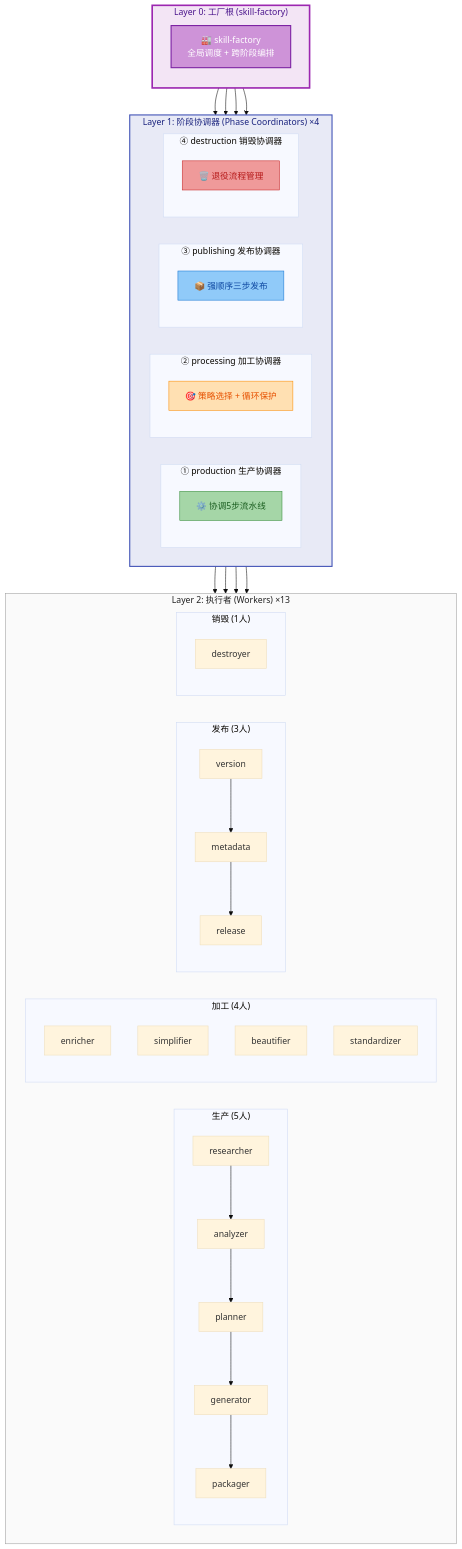
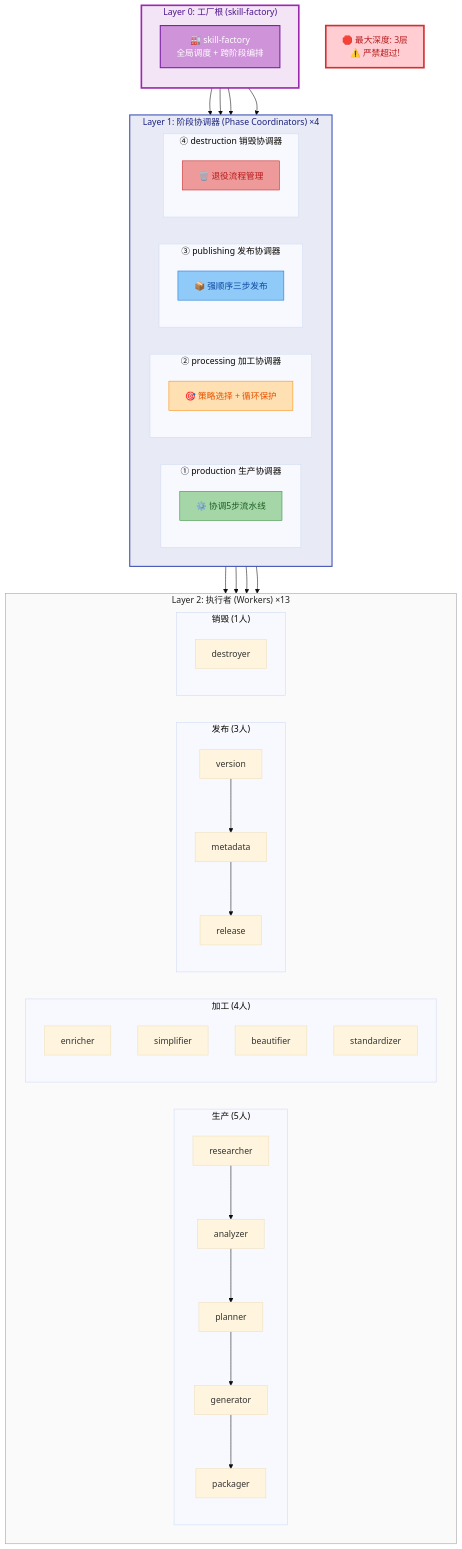
Before and after one commit to morning-start/skill-factory: the fourth of 15 diagrams in SKILL.md, drawn with Mermaid (base theme). The commit also changed other lines of this file and 1 other file, not shown here.

````diff
--- a/SKILL.md
+++ b/SKILL.md
@@ -36,74 +156,77 @@
 ```mermaid
 flowchart TB
     subgraph L0["Layer 0: 工厂根 (skill-factory)"]
         direction TB
         ROOT["🏭 skill-factory<br/>全局调度 + 跨阶段编排"]
     end
 
     subgraph L1["Layer 1: 阶段协调器 (Phase Coordinators) ×4"]
         direction LR
-        
+
         subgraph PH1["① production 生产协调器"]
             P1_C["⚙️ 协调5步流水线"]
         end
 
         subgraph PH2["② processing 加工协调器"]
             P2_C["🎯 策略选择 + 循环保护"]
         end
 
         subgraph PH3["③ publishing 发布协调器"]
             P3_C["📦 强顺序三步发布"]
         end
 
         subgraph PH4["④ destruction 销毁协调器"]
             P4_C["🗑️ 退役流程管理"]
         end
     end
 
     subgraph L2["Layer 2: 执行者 (Workers) ×13"]
         direction LR
-        
+
         subgraph W1["生产 (5人)"]
             R[researcher]
             A[analyzer]
             PL[planner]
             G[generator]
             K[packager]
             R --> A --> PL --> G --> K
         end
 
         subgraph W2["加工 (4人)"]
             E[enricher]
             S[simplifier]
             B[beautifier]
             ST[standardizer]
         end
 
         subgraph W3["发布 (3人)"]
             V[version]
             M[metadata]
             RE[release]
             V --> M --> RE
         end
 
         subgraph W4["销毁 (1人)"]
             D[destroyer]
         end
     end
 
     ROOT --> PH1 & PH2 & PH3 & PH4
     PH1 --> W1
     PH2 --> W2
     PH3 --> W3
     PH4 --> W4
 
+    MAX_DEPTH["🛑 最大深度: 3层<br/>⚠️ 严禁超过!"]
+
     style L0 fill:#f3e5f5,stroke:#9c27b0,color:#4a148c,stroke-width:3px
     style L1 fill:#e8eaf6,stroke:#3f51b5,color:#1a237e,stroke-width:2px
     style L2 fill:#fafafa,stroke:#9e9e9e,color:#212121
-    
+
     style ROOT fill:#ce93d8,stroke:#7b1fa2,color:#ffffff,stroke-width:2px
     style P1_C fill:#a5d6a7,stroke:#388e3c,color:#1b5e20
     style P2_C fill:#ffe0b2,stroke:#fb8c00,color:#e65100
     style P3_C fill:#90caf9,stroke:#1976d2,color:#0d47a1
     style P4_C fill:#ef9a9a,stroke:#c62828,color:#b71c1c
+    style MAX_DEPTH fill:#ffcdd2,stroke:#d32f2f,color:#b71c1c,stroke-width:3px
 ```
````
